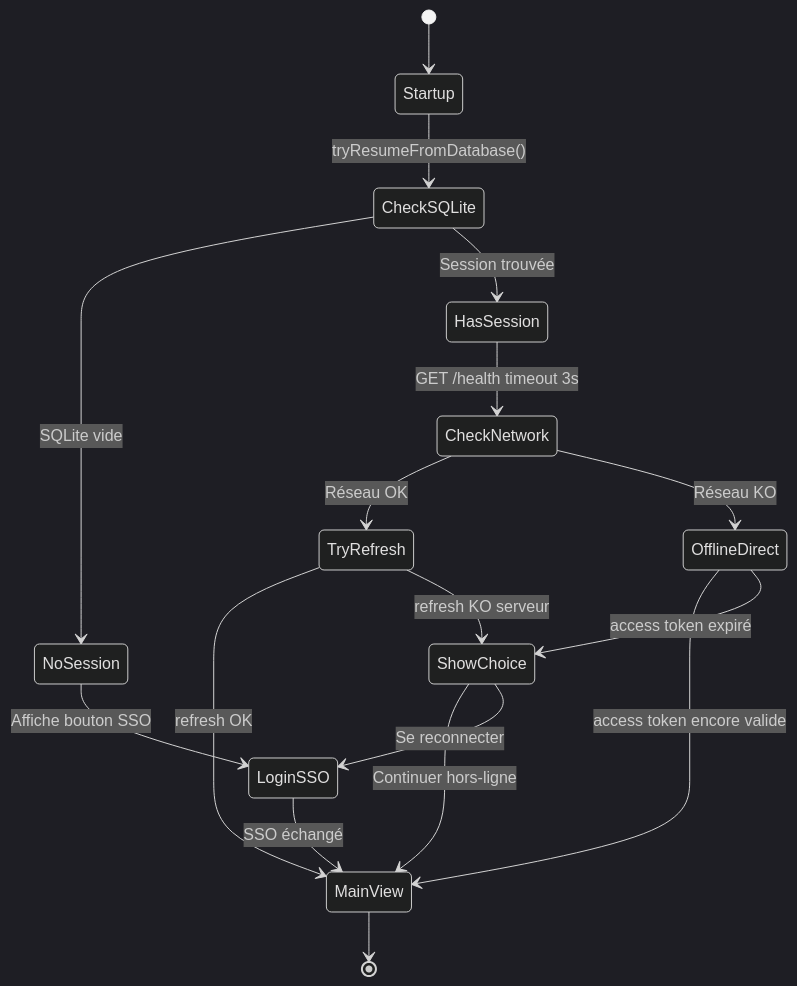
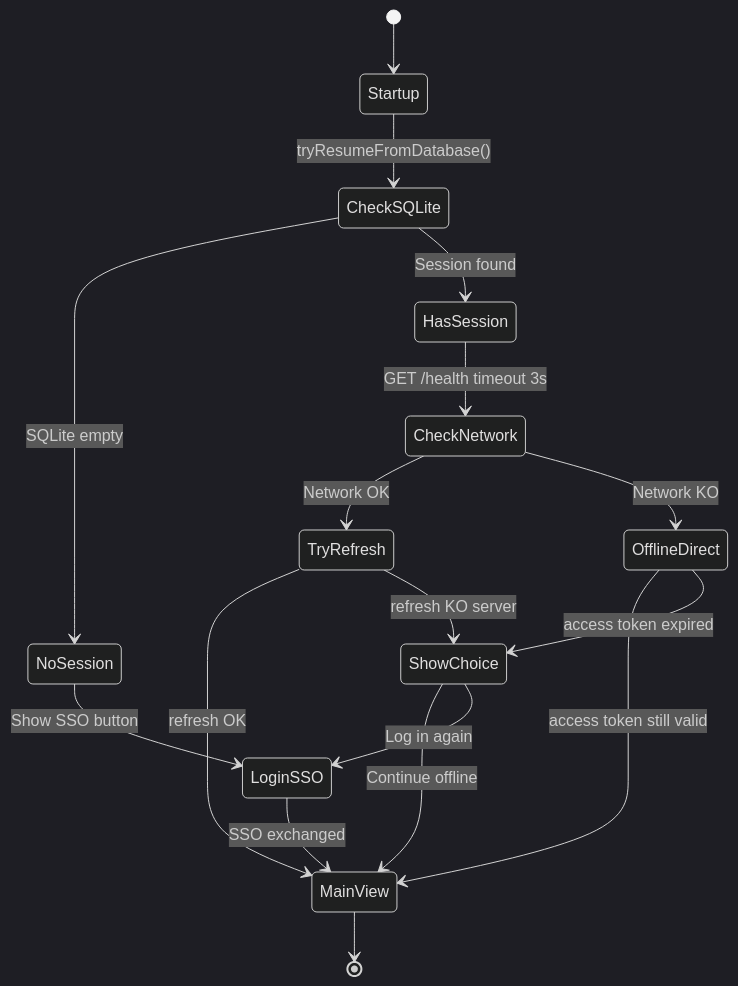
One commit to creibaud/QuartierConnect changed diagram 12 of 13 in docs/RAPPORT-TECHNIQUE.md. Above: the diagram before and after it, drawn with Mermaid (dark theme). The commit also changed other lines of this file and 155 other files, not shown here.

````diff
--- a/docs/RAPPORT-TECHNIQUE.md
+++ b/docs/RAPPORT-TECHNIQUE.md
@@ -772,28 +772,28 @@
 ```mermaid
 stateDiagram-v2
     [*] --> Startup
 
     Startup --> CheckSQLite : tryResumeFromDatabase()
 
-    CheckSQLite --> NoSession : SQLite vide
-    CheckSQLite --> HasSession : Session trouvée
+    CheckSQLite --> NoSession : SQLite empty
+    CheckSQLite --> HasSession : Session found
 
-    NoSession --> LoginSSO : Affiche bouton SSO
+    NoSession --> LoginSSO : Show SSO button
 
     HasSession --> CheckNetwork : GET /health timeout 3s
 
-    CheckNetwork --> TryRefresh : Réseau OK
-    CheckNetwork --> OfflineDirect : Réseau KO
+    CheckNetwork --> TryRefresh : Network OK
+    CheckNetwork --> OfflineDirect : Network KO
 
     TryRefresh --> MainView : refresh OK
-    TryRefresh --> ShowChoice : refresh KO serveur
+    TryRefresh --> ShowChoice : refresh KO server
 
-    OfflineDirect --> MainView : access token encore valide
-    OfflineDirect --> ShowChoice : access token expiré
+    OfflineDirect --> MainView : access token still valid
+    OfflineDirect --> ShowChoice : access token expired
 
-    ShowChoice --> MainView : Continuer hors-ligne
-    ShowChoice --> LoginSSO : Se reconnecter
+    ShowChoice --> MainView : Continue offline
+    ShowChoice --> LoginSSO : Log in again
 
-    LoginSSO --> MainView : SSO échangé
+    LoginSSO --> MainView : SSO exchanged
     MainView --> [*]
 ```
````
